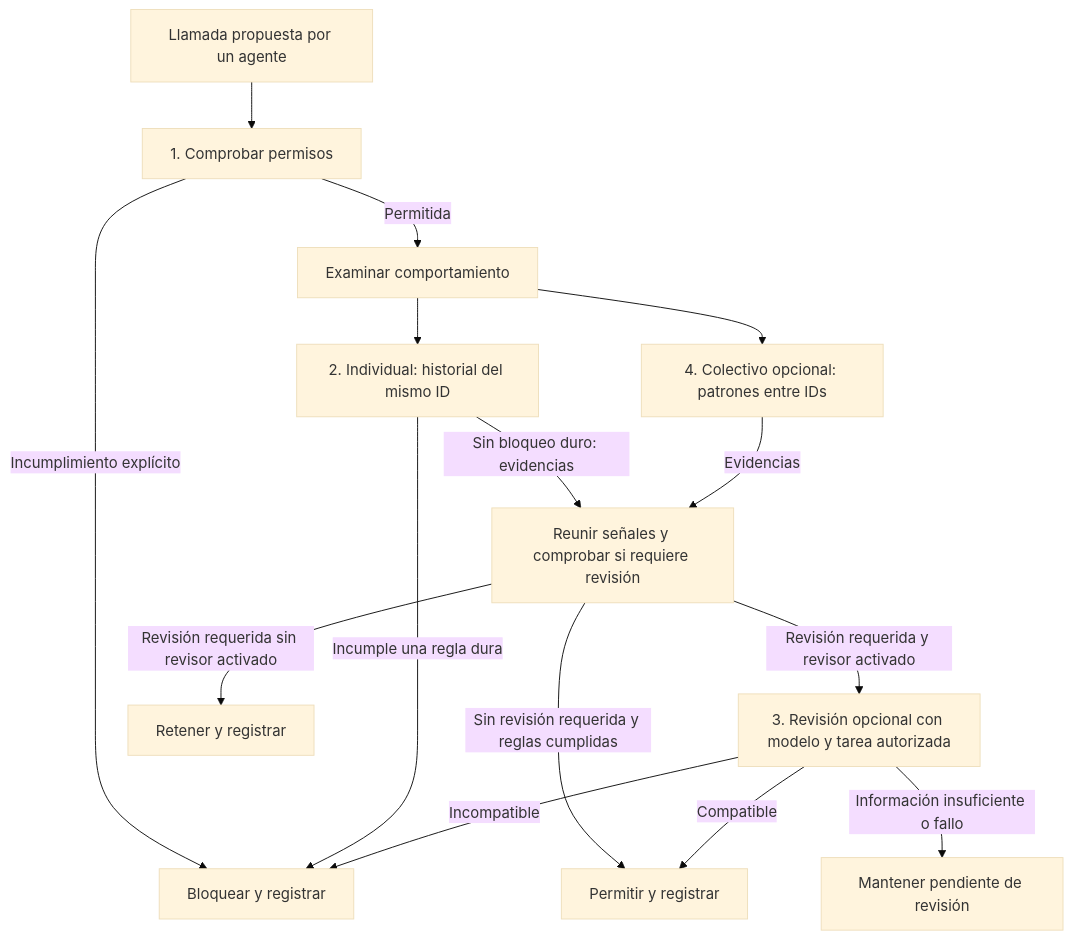
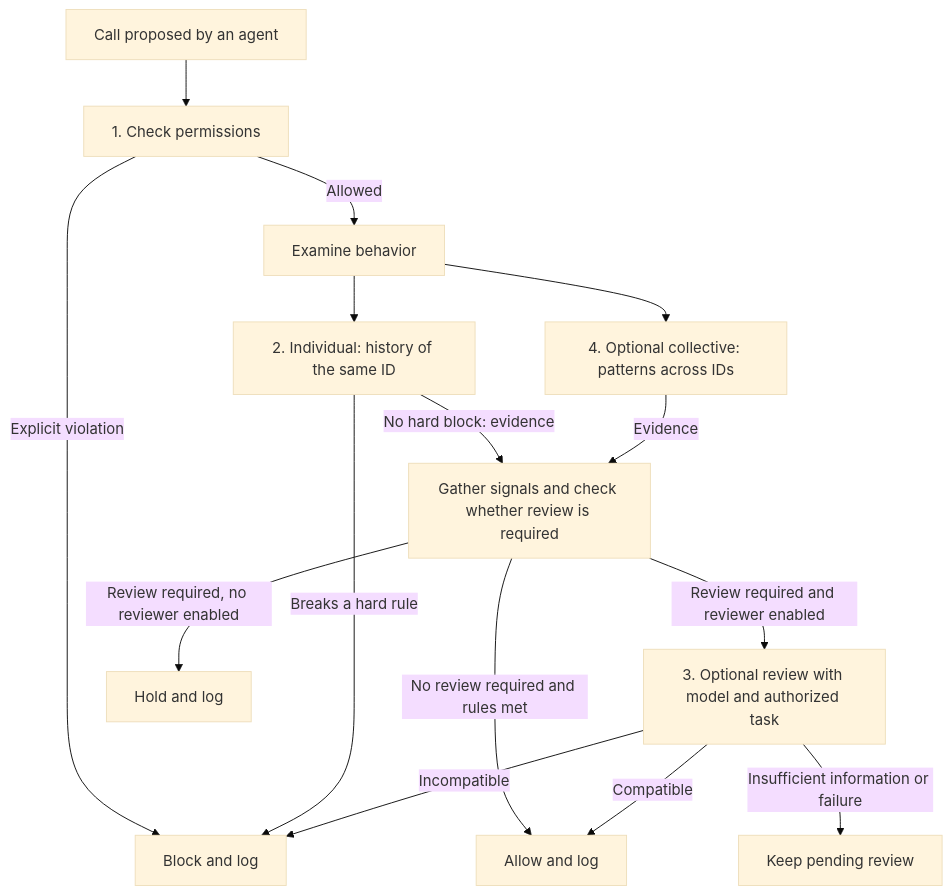
The diagram in docs/proyecto-portero-tool-calls.md (adoviguerav/bouncer), drawn with Mermaid (base theme) before and after one commit. The commit also changed other lines of this file, not shown here.

````diff
--- a/docs/proyecto-portero-tool-calls.md
+++ b/docs/proyecto-portero-tool-calls.md
@@ -108,17 +108,17 @@
 ```mermaid
 flowchart TD
-    A["Llamada propuesta por un agente"] --> B["1. Comprobar permisos"]
-    B -->|"Incumplimiento explícito"| X["Bloquear y registrar"]
-    B -->|"Permitida"| C["Examinar comportamiento"]
-    C --> D["2. Individual: historial del mismo ID"]
-    C --> E["4. Colectivo opcional: patrones entre IDs"]
-    D -->|"Incumple una regla dura"| X
-    D -->|"Sin bloqueo duro: evidencias"| F["Reunir señales y comprobar si requiere revisión"]
-    E -->|"Evidencias"| F
-    F -->|"Sin revisión requerida y reglas cumplidas"| G["Permitir y registrar"]
-    F -->|"Revisión requerida y revisor activado"| H["3. Revisión opcional con modelo y tarea autorizada"]
-    F -->|"Revisión requerida sin revisor activado"| I["Retener y registrar"]
+    A["Call proposed by an agent"] --> B["1. Check permissions"]
+    B -->|"Explicit violation"| X["Block and log"]
+    B -->|"Allowed"| C["Examine behavior"]
+    C --> D["2. Individual: history of the same ID"]
+    C --> E["4. Optional collective: patterns across IDs"]
+    D -->|"Breaks a hard rule"| X
+    D -->|"No hard block: evidence"| F["Gather signals and check whether review is required"]
+    E -->|"Evidence"| F
+    F -->|"No review required and rules met"| G["Allow and log"]
+    F -->|"Review required and reviewer enabled"| H["3. Optional review with model and authorized task"]
+    F -->|"Review required, no reviewer enabled"| I["Hold and log"]
     H -->|"Compatible"| G
     H -->|"Incompatible"| X
-    H -->|"Información insuficiente o fallo"| J["Mantener pendiente de revisión"]
+    H -->|"Insufficient information or failure"| J["Keep pending review"]
 ```
````
